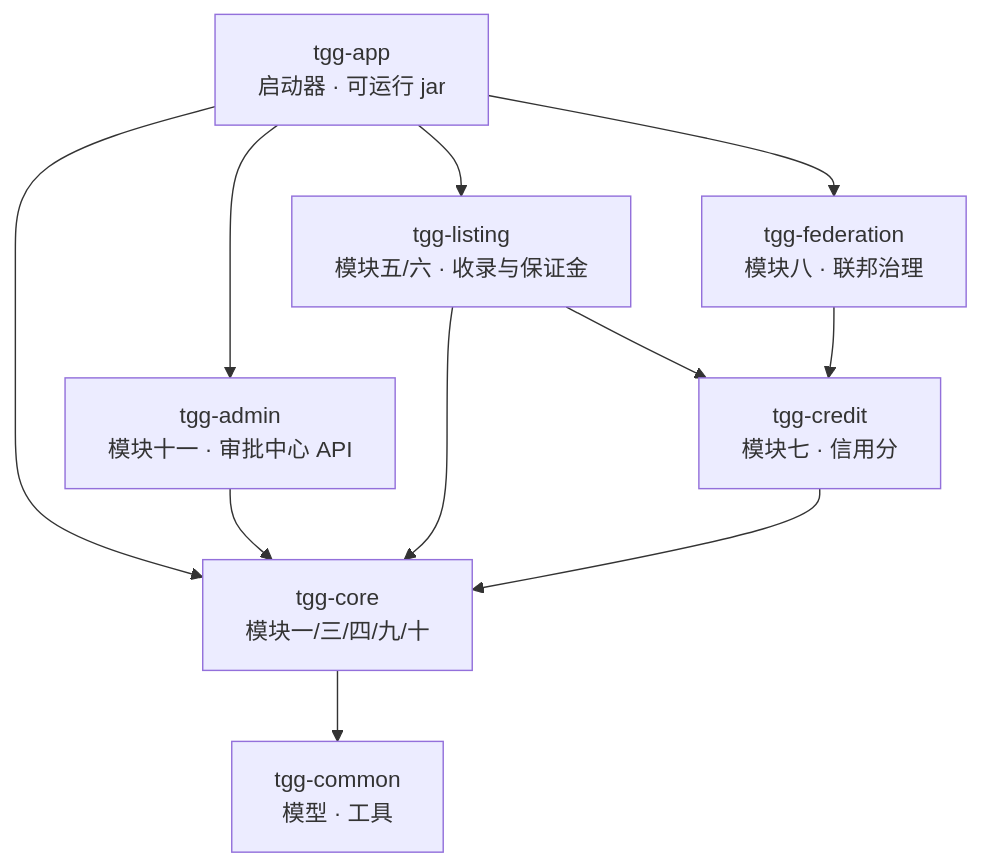
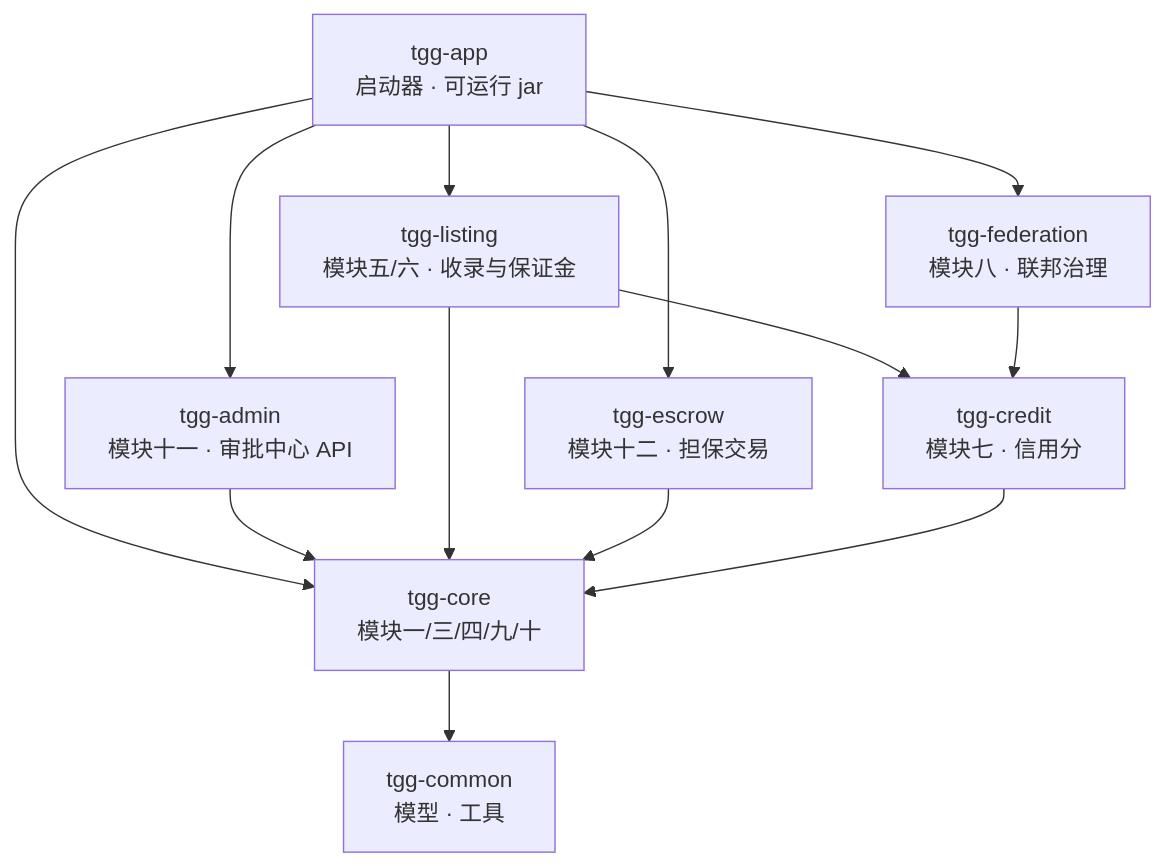
One commit to nq9831-ops/Telegram-Federal-Smart-Governance-Bot-main changed the fourth of 5 diagrams in README.md. Above: the diagram before and after it, drawn with Mermaid. The commit also changed other lines of this file and 1 other file, not shown here.

First line of the commit message:
docs: 订正快照漂移——模块表补 tgg-escrow、规模数字与表数按实测更新

````diff
--- a/README.md
+++ b/README.md
@@ -389,21 +391,24 @@
 ```mermaid
 flowchart TD
   APP["tgg-app<br/>启动器 · 可运行 jar"]
   ADMIN["tgg-admin<br/>模块十一 · 审批中心 API"]
   LISTING["tgg-listing<br/>模块五/六 · 收录与保证金"]
+  ESCROW["tgg-escrow<br/>模块十二 · 担保交易"]
   FED["tgg-federation<br/>模块八 · 联邦治理"]
   CREDIT["tgg-credit<br/>模块七 · 信用分"]
   CORE["tgg-core<br/>模块一/三/四/九/十"]
   COMMON["tgg-common<br/>模型 · 工具"]
 
   APP --> ADMIN
   APP --> LISTING
+  APP --> ESCROW
   APP --> FED
   APP --> CORE
   ADMIN --> CORE
   LISTING --> CORE
+  ESCROW --> CORE
   LISTING --> CREDIT
   FED --> CREDIT
   CREDIT --> CORE
   CORE --> COMMON
 ```
````
